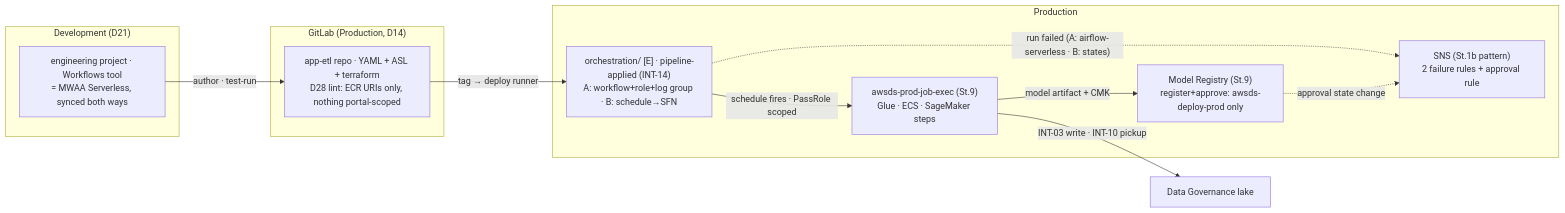
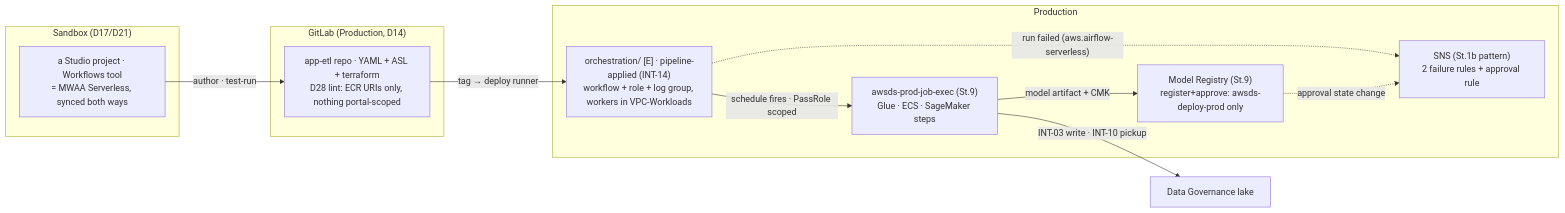
Before and after one commit to felipenoris/AWS-DataScience: the diagram in docs/plan/stages/stage-10-orchestration-promotion.md, drawn with Mermaid. The commit also changed other lines of this file and 19 other files, not shown here.

````diff
--- a/docs/plan/stages/stage-10-orchestration-promotion.md
+++ b/docs/plan/stages/stage-10-orchestration-promotion.md
@@ -40,22 +42,22 @@
 ```mermaid
 flowchart LR
-    subgraph DEV["Development (D21)"]
-        STU["engineering project · Workflows tool<br/>= MWAA Serverless, synced both ways"]
+    subgraph SBX["Sandbox (D17/D21)"]
+        STU["a Studio project · Workflows tool<br/>= MWAA Serverless, synced both ways"]
     end
     subgraph GL["GitLab (Production, D14)"]
         REPO["app-etl repo · YAML + ASL + terraform<br/>D28 lint: ECR URIs only, nothing portal-scoped"]
     end
     subgraph PRD["Production"]
-        ORC["orchestration/ [E] · pipeline-applied (INT-14)<br/>A: workflow+role+log group · B: schedule→SFN"]
+        ORC["orchestration/ [E] · pipeline-applied (INT-14)<br/>workflow + role + log group, workers in VPC-Workloads"]
         JOB["awsds-prod-job-exec (St.9)<br/>Glue · ECS · SageMaker steps"]
         REG["Model Registry (St.9)<br/>register+approve: awsds-deploy-prod only"]
         SNS["SNS (St.1b pattern)<br/>2 failure rules + approval rule"]
     end
     STU -->|"author · test-run"| REPO
     REPO -->|"tag → deploy runner"| ORC
     ORC -->|"schedule fires · PassRole scoped"| JOB
     JOB -->|"INT-03 write · INT-10 pickup"| LAKE["Data Governance lake"]
     JOB -->|"model artifact + CMK"| REG
-    ORC -.->|"run failed (A: airflow-serverless · B: states)"| SNS
+    ORC -.->|"run failed (aws.airflow-serverless)"| SNS
     REG -.->|"approval state change"| SNS
 ```
````
